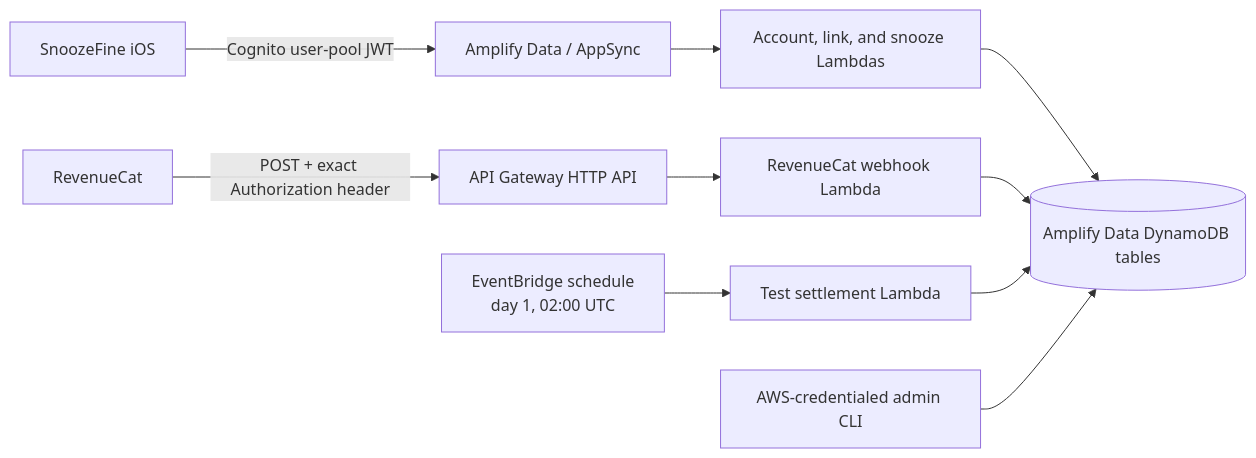
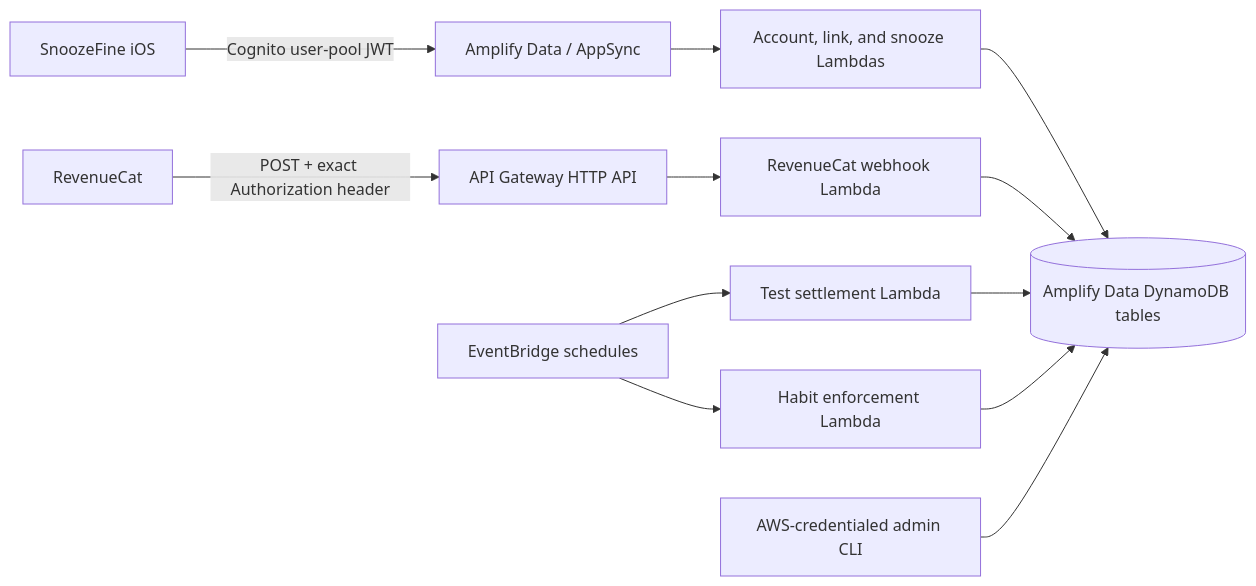
One commit to Jameslead00/snooze-fine_backend changed the diagram in ARCHITECTURE.md. Above: the diagram before and after it, drawn with Mermaid. The commit also changed other lines of this file and 55 other files, not shown here.

````diff
--- a/ARCHITECTURE.md
+++ b/ARCHITECTURE.md
@@ -5,12 +5,14 @@
 ```mermaid
 flowchart LR
   IOS["SnoozeFine iOS"] -->|"Cognito user-pool JWT"| APPSYNC["Amplify Data / AppSync"]
   APPSYNC --> USERFN["Account, link, and snooze Lambdas"]
   RC["RevenueCat"] -->|"POST + exact Authorization header"| HTTP["API Gateway HTTP API"]
   HTTP --> WEBHOOKFN["RevenueCat webhook Lambda"]
-  SCHEDULE["EventBridge schedule<br/>day 1, 02:00 UTC"] --> SETTLEFN["Test settlement Lambda"]
+  SCHEDULE["EventBridge schedules"] --> SETTLEFN["Test settlement Lambda"]
+  SCHEDULE --> HABITFN["Habit enforcement Lambda"]
   USERFN --> DDB[("Amplify Data DynamoDB tables")]
   WEBHOOKFN --> DDB
   SETTLEFN --> DDB
+  HABITFN --> DDB
   ADMIN["AWS-credentialed admin CLI"] --> DDB
 ```
````
